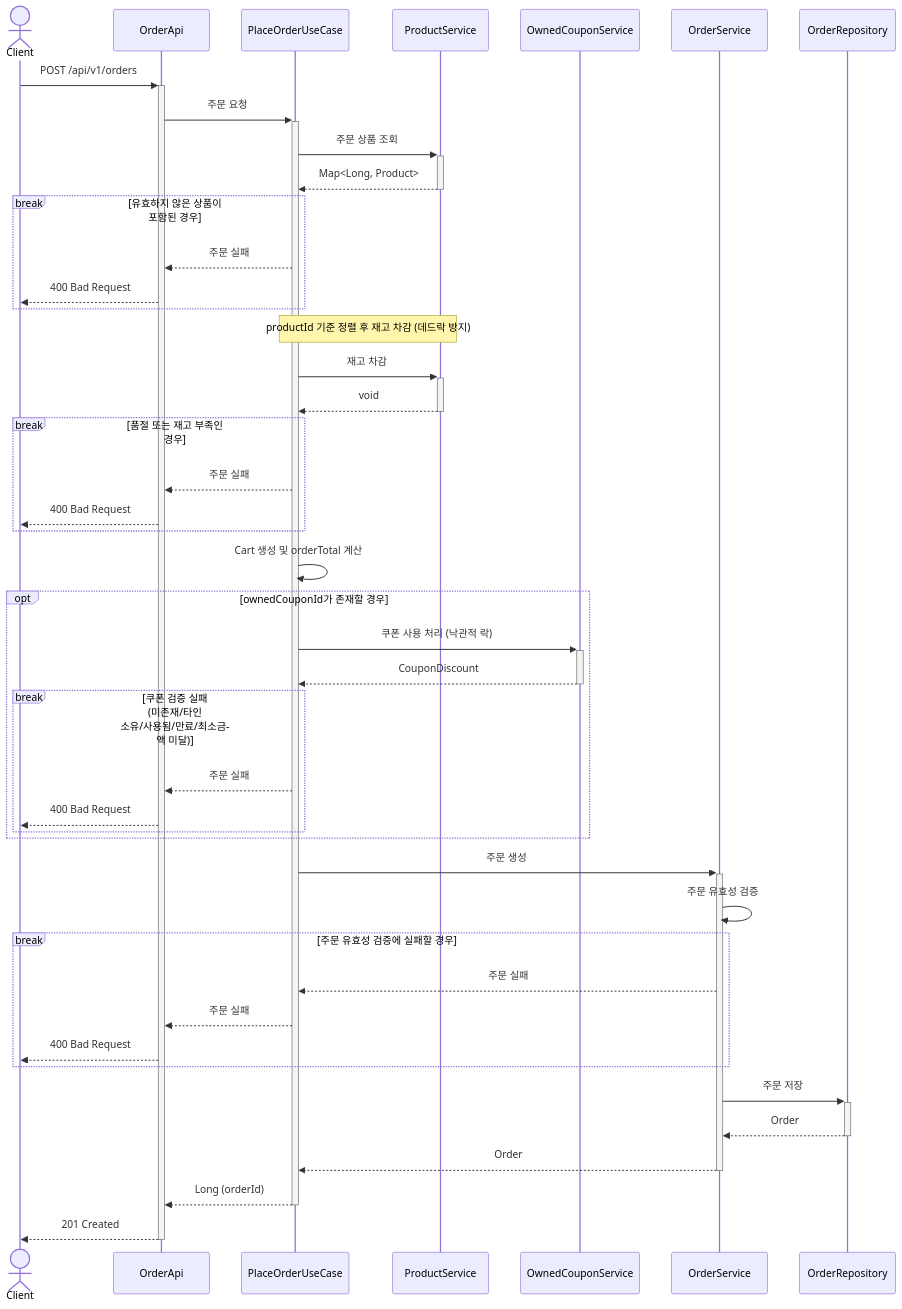
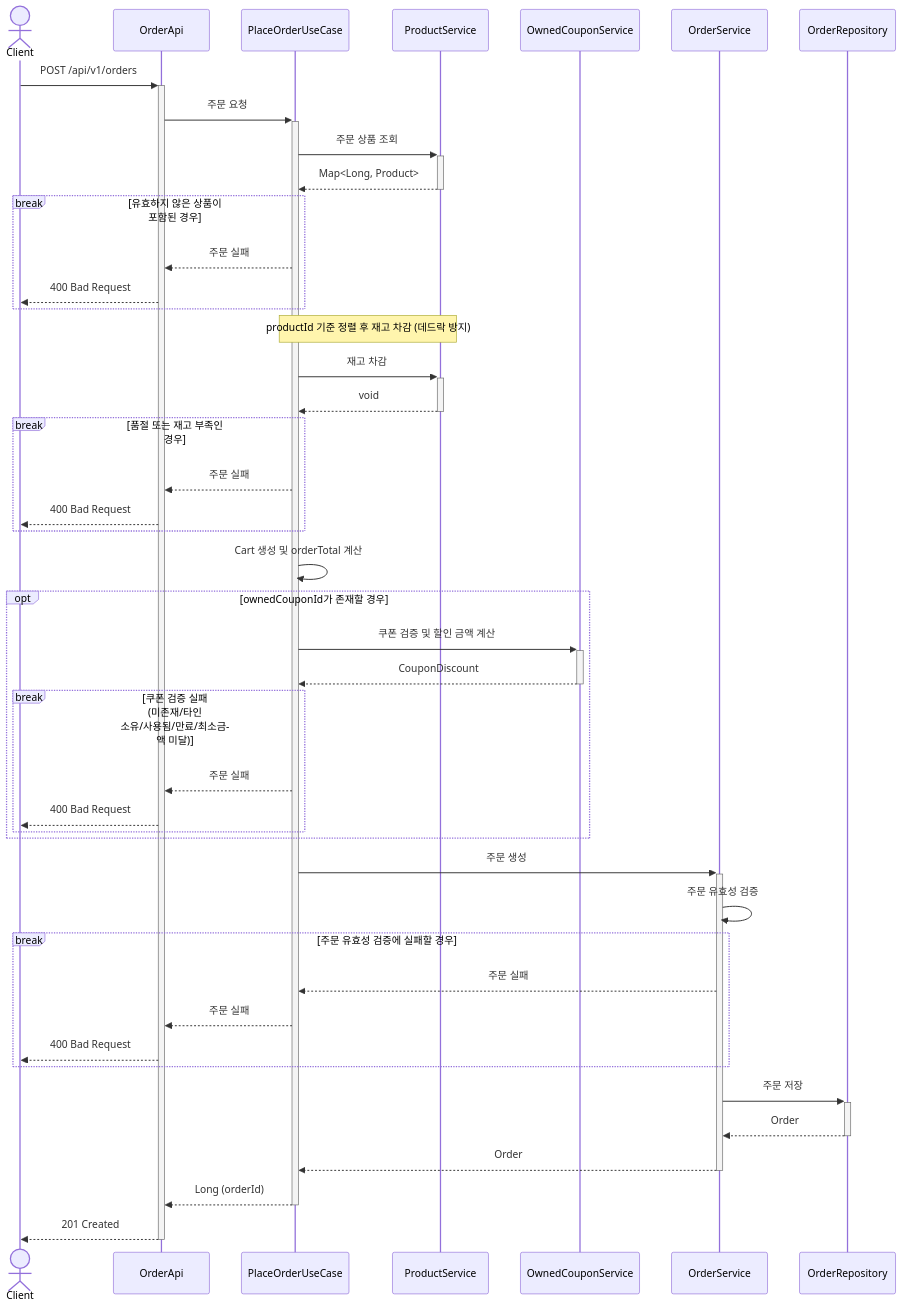
Before and after one commit to Loopers-dev-lab/loop-pack-be-l2-vol3-java: diagram 29 of 33 in .docs/design/02-sequence-diagrams.md, drawn with Mermaid. The commit also changed other lines of this file and 6 other files, not shown here.

````diff
--- a/.docs/design/02-sequence-diagrams.md
+++ b/.docs/design/02-sequence-diagrams.md
@@ -953,58 +956,58 @@
 ```mermaid
 sequenceDiagram
     actor Client
     participant OrderApi
     participant PlaceOrderUseCase
     participant ProductService
     participant OwnedCouponService
     participant OrderService
     participant OrderRepository
 
     Client ->>+ OrderApi: POST /api/v1/orders
     OrderApi ->>+ PlaceOrderUseCase: 주문 요청
 
     PlaceOrderUseCase ->>+ ProductService: 주문 상품 조회
     ProductService -->>- PlaceOrderUseCase: Map<Long, Product>
 
     break 유효하지 않은 상품이 포함된 경우
         PlaceOrderUseCase -->> OrderApi: 주문 실패
         OrderApi -->> Client: 400 Bad Request
     end
 
     Note over PlaceOrderUseCase,ProductService: productId 기준 정렬 후 재고 차감 (데드락 방지)
     PlaceOrderUseCase ->>+ ProductService: 재고 차감
     ProductService -->>- PlaceOrderUseCase: void
 
     break 품절 또는 재고 부족인 경우
         PlaceOrderUseCase -->> OrderApi: 주문 실패
         OrderApi -->> Client: 400 Bad Request
     end
 
     PlaceOrderUseCase ->> PlaceOrderUseCase: Cart 생성 및 orderTotal 계산
 
     opt ownedCouponId가 존재할 경우
-        PlaceOrderUseCase ->>+ OwnedCouponService: 쿠폰 사용 처리 (낙관적 락)
+        PlaceOrderUseCase ->>+ OwnedCouponService: 쿠폰 검증 및 할인 금액 계산
         OwnedCouponService -->>- PlaceOrderUseCase: CouponDiscount
 
         break 쿠폰 검증 실패 (미존재/타인 소유/사용됨/만료/최소금액 미달)
             PlaceOrderUseCase -->> OrderApi: 주문 실패
             OrderApi -->> Client: 400 Bad Request
         end
     end
 
     PlaceOrderUseCase ->>+ OrderService: 주문 생성
     OrderService ->> OrderService: 주문 유효성 검증
 
     break 주문 유효성 검증에 실패할 경우
         OrderService -->> PlaceOrderUseCase: 주문 실패
         PlaceOrderUseCase -->> OrderApi: 주문 실패
         OrderApi -->> Client: 400 Bad Request
     end
 
     OrderService ->>+ OrderRepository: 주문 저장
     OrderRepository -->>- OrderService: Order
     OrderService -->>- PlaceOrderUseCase: Order
 
     PlaceOrderUseCase -->>- OrderApi: Long (orderId)
     OrderApi -->>- Client: 201 Created
 ```
````
